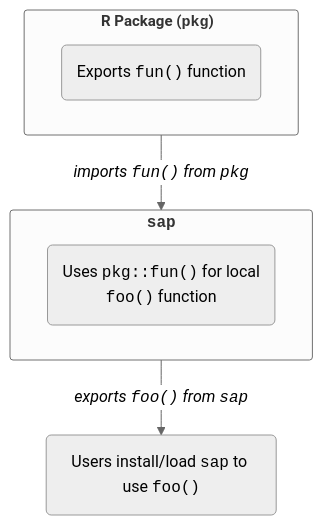
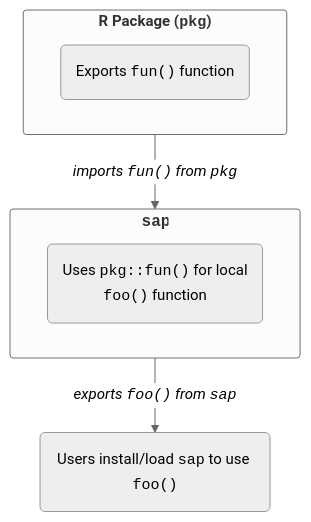
The second of 4 diagrams in dependencies.qmd (mjfrigaard/shiny-app-pkgs), drawn with Mermaid before and after one commit. The commit also changed 10 other files, not shown here.

````diff
--- a/dependencies.qmd
+++ b/dependencies.qmd
@@ -211,18 +211,18 @@
 ```{mermaid}
 %%| fig-cap: 'Handling package dependencies'
 %%| fig-align: center
-%%{init: {'theme': 'neutral', 'themeVariables': { 'fontFamily': 'monospace', "fontSize":"16px"}}}%%
+%%{init: {'theme': 'neutral', 'themeVariables': { 'fontFamily': 'monospace', "fontSize":"15px"}}}%%
 flowchart TD
     subgraph RPkg["<strong>R Package (<code>pkg</code>)</strong>"]
         fun("Exports <code>fun()</code> function")
     end
     subgraph SapPkg["<strong><code>sap</code></strong>"]
     sap("Uses <code>pkg::fun()</code> for local<br><code>foo()</code> function")
     end
     Users("Users install/load <code>sap</code> to use <code>foo()</code>")
     RPkg -->|"<em>imports <code>fun()</code> from <code>pkg</code></em>"| SapPkg
     SapPkg -->|"<em>exports <code>foo()</code> from <code>sap</code></em>"| Users
     
     style RPkg stroke:1px,rx:3,ry:3,font-size:15px
     style SapPkg stroke:1px,rx:3,ry:3,font-size:16px
 ```
````
